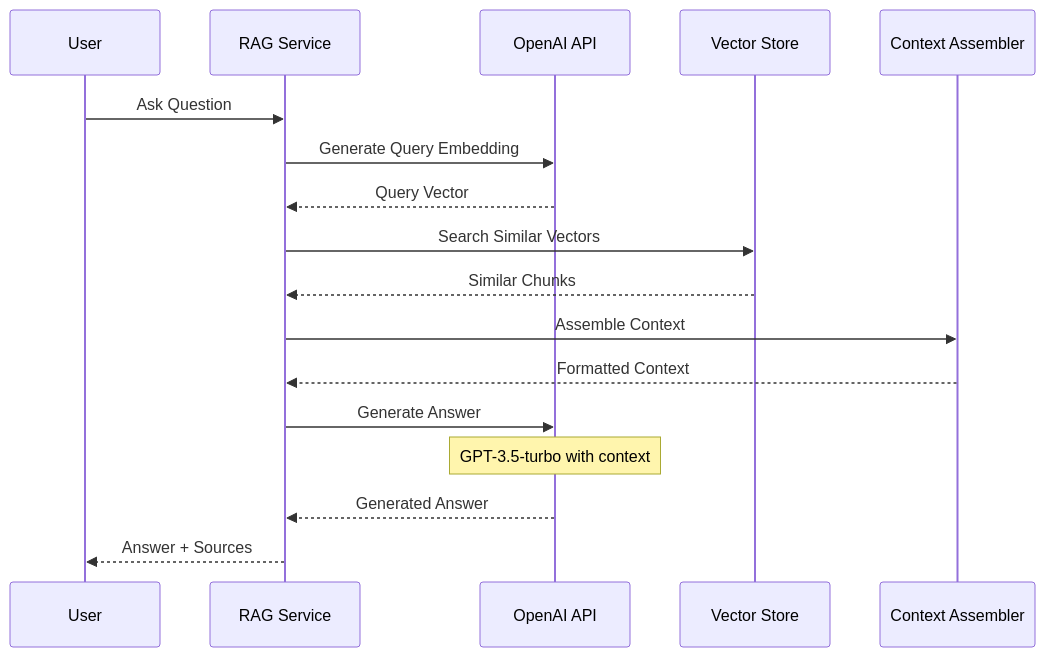
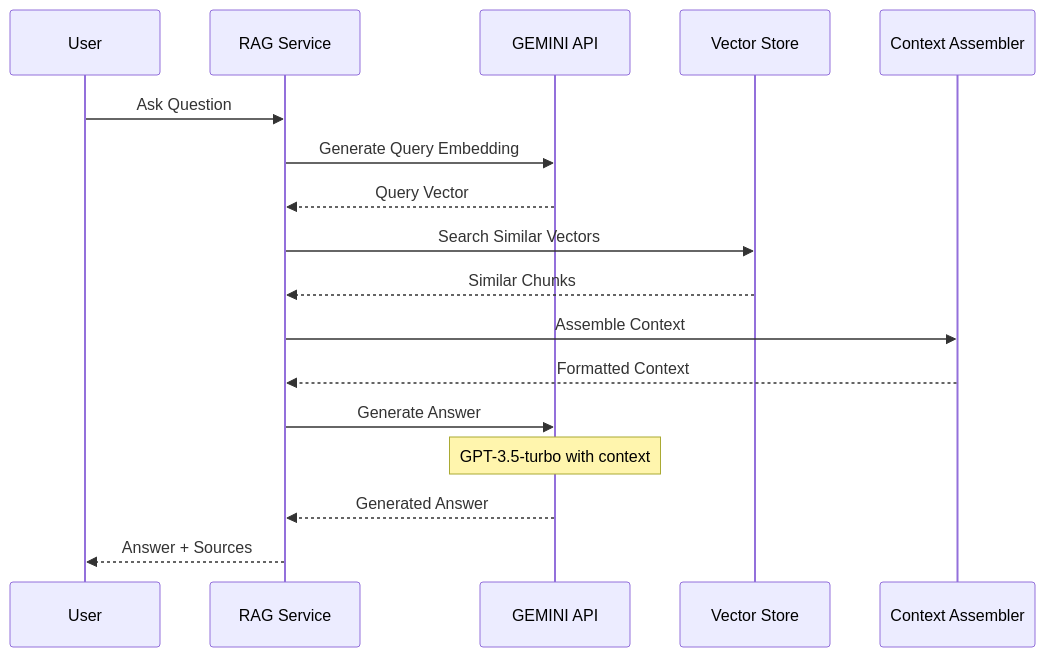
The third of 11 diagrams in docs/diagrams/phase-2-core-rag-workflow.md (rahulsamant37/HackRx_Bajaj_Hackathon), drawn with Mermaid before and after one commit. The commit also changed other lines of this file and 9 other files, not shown here.

````diff
--- a/docs/diagrams/phase-2-core-rag-workflow.md
+++ b/docs/diagrams/phase-2-core-rag-workflow.md
@@ -145,24 +145,24 @@
 ```mermaid
 sequenceDiagram
     participant User as User
     participant RAGService as RAG Service
-    participant OpenAI as OpenAI API
+    participant GEMINI as GEMINI API
     participant FAISS as Vector Store
     participant ContextAssembler as Context Assembler
 
     User->>RAGService: Ask Question
-    RAGService->>OpenAI: Generate Query Embedding
-    OpenAI-->>RAGService: Query Vector
+    RAGService->>GEMINI: Generate Query Embedding
+    GEMINI-->>RAGService: Query Vector
     
     RAGService->>FAISS: Search Similar Vectors
     FAISS-->>RAGService: Similar Chunks
     
     RAGService->>ContextAssembler: Assemble Context
     ContextAssembler-->>RAGService: Formatted Context
     
-    RAGService->>OpenAI: Generate Answer
-    Note over OpenAI: GPT-3.5-turbo with context
-    OpenAI-->>RAGService: Generated Answer
+    RAGService->>GEMINI: Generate Answer
+    Note over GEMINI: GPT-3.5-turbo with context
+    GEMINI-->>RAGService: Generated Answer
     
     RAGService-->>User: Answer + Sources
 ```
````
